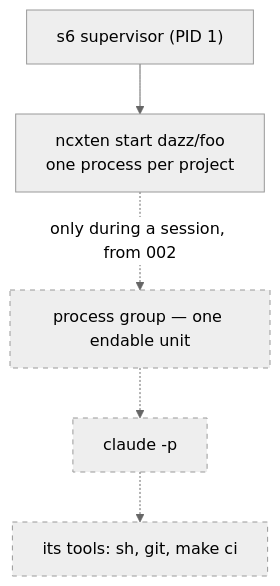
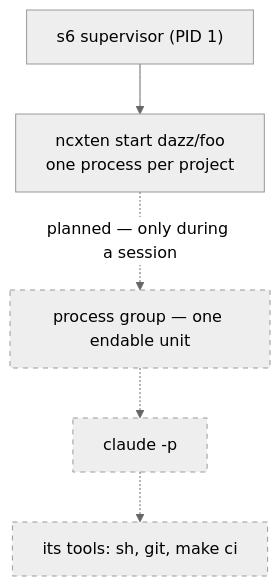
One commit to dazz/ncxten changed the second of 5 diagrams in docs/content/docs/how-it-works.md. Above: the diagram before and after it, drawn with Mermaid (neutral theme). The commit also changed other lines of this file and 5 other files, not shown here.

First line of the commit message:
docs: first-reader pass — glossary, simpler diagrams, no spec references

````diff
--- a/docs/content/docs/how-it-works.md
+++ b/docs/content/docs/how-it-works.md
@@ -54,14 +51,14 @@
 ```mermaid
 flowchart TB
   s6["s6 supervisor (PID 1)"]
   p1["ncxten start dazz/foo<br/>one process per project"]
   grp["process group — one endable unit"]
   claude["claude -p"]
   tools["its tools: sh, git, make ci"]
   s6 --> p1
-  p1 -.->|"only during a session, from 002"| grp
+  p1 -.->|"planned — only during a session"| grp
   grp -.-> claude
   claude -.-> tools
-  classDef future stroke-dasharray: 5 5
-  class grp,claude,tools future
+  classDef planned stroke-dasharray: 5 5
+  class grp,claude,tools planned
 ```
````
